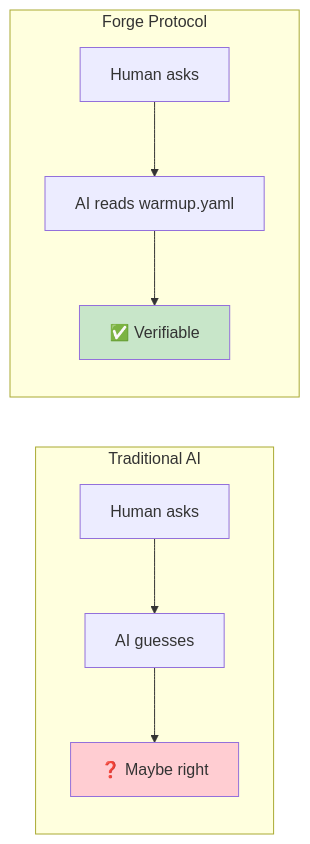
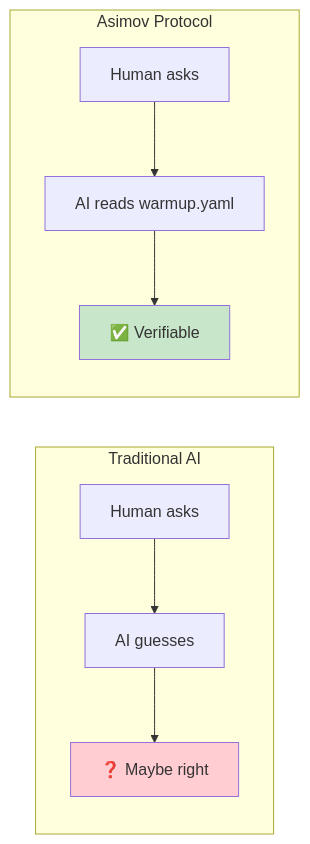
One commit to royalbit/asimov-protocol changed the second of 3 diagrams in docs/AI_REALITY.md. Above: the diagram before and after it, drawn with Mermaid. The commit also changed other lines of this file and 53 other files, not shown here.

````diff
--- a/docs/AI_REALITY.md
+++ b/docs/AI_REALITY.md
@@ -408,14 +408,14 @@
 ```mermaid
 flowchart LR
     subgraph trad["Traditional AI"]
         A1["Human asks"] --> A2["AI guesses"]
         A2 --> A3["❓ Maybe right"]
     end
-    subgraph forge["Forge Protocol"]
+    subgraph forge["Asimov Protocol"]
         B1["Human asks"] --> B2["AI reads warmup.yaml"]
         B2 --> B3["✅ Verifiable"]
     end
 
     style A3 fill:#ffcdd2
     style B3 fill:#c8e6c9
 ```
````
